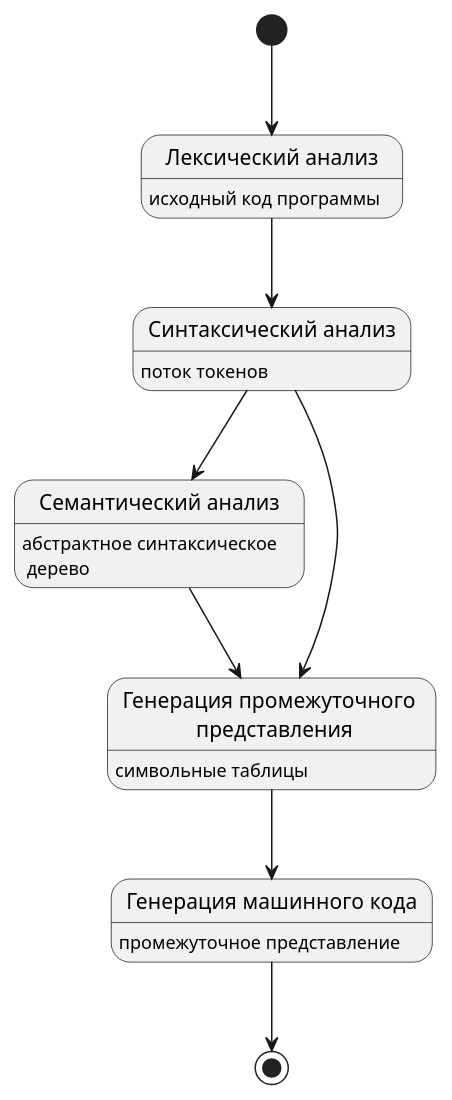
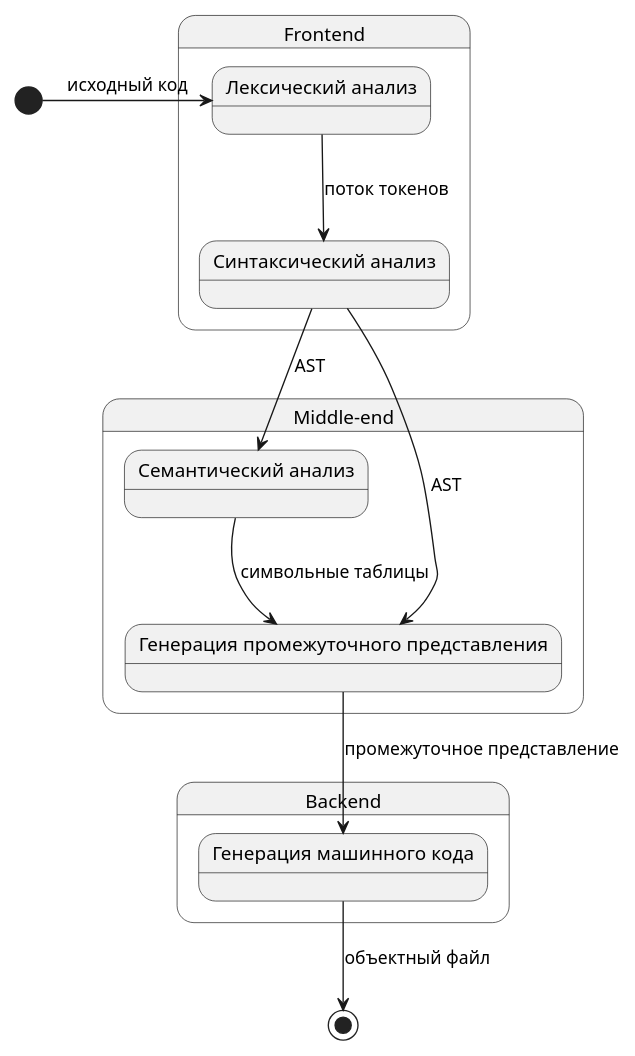
The diagram in 04 - ВКРы/2023-2024 - Тема в разработке/src/plantuml/pipeline.puml (ITesserakt/Kodept), drawn with PlantUML before and after one commit. The commit also changed 18 other files, not shown here.

```diff
--- a/04 - ВКРы/2023-2024 - Тема в разработке/src/plantuml/pipeline.puml
+++ b/04 - ВКРы/2023-2024 - Тема в разработке/src/plantuml/pipeline.puml
@@ -1,23 +1,30 @@
 @startuml
 'https://plantuml.com/state-diagram
 
-state "Лексический анализ" as Le
-Le: исходный код программы
-state "Синтаксический анализ" as Sy
-Sy: поток токенов
-state "Семантический анализ" as Se
-Se: абстрактное синтаксическое \n дерево
-state "Генерация промежуточного \n представления" as IR
-IR: символьные таблицы
-state "Генерация машинного кода" as Ge
-Ge: промежуточное представление
+scale 0.9
 
-[*] --> Le
-Le --> Sy
-Sy --> Se
-Sy --> IR
-Se --> IR
-IR --> Ge
-Ge --> [*]
+state Frontend {
+    state "Лексический анализ" as Le
+
+    state "Синтаксический анализ" as Sy
+}
+
+state "Middle-end" as M {
+    state "Семантический анализ" as Se
+
+    state "Генерация промежуточного представления" as IR
+}
+
+state Backend {
+    state "Генерация машинного кода" as Ge
+}
+
+[*] -right-> Le:исходный код
+Le --> Sy: поток токенов
+Sy --> Se: AST
+Sy --> IR: AST
+Se --> IR: символьные таблицы
+IR --> Ge: промежуточное представление
+Ge --> [*]: объектный файл
 
 @enduml
```
